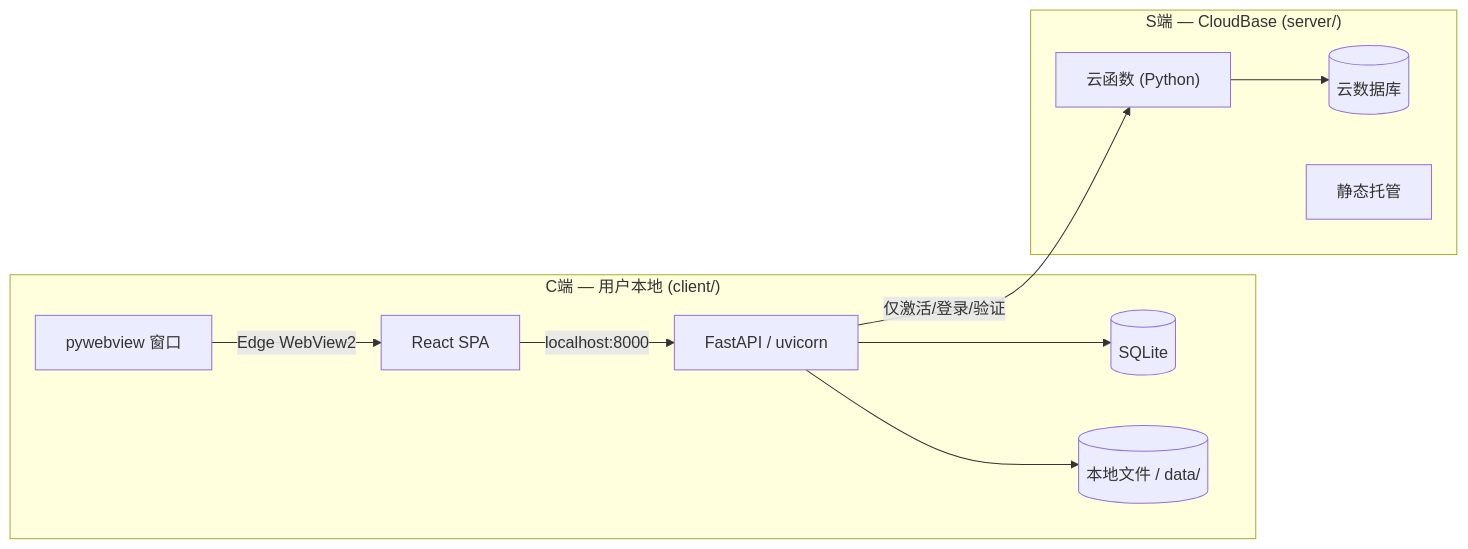
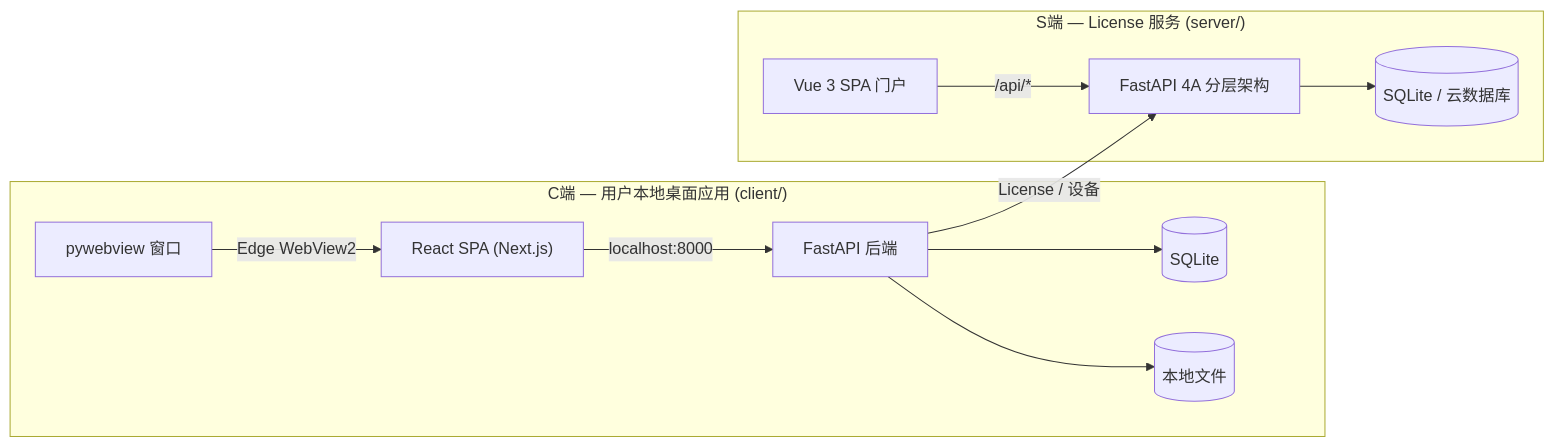
Before and after one commit to modoojunko/ai-novel: the diagram in CLAUDE.md, drawn with Mermaid. The commit also changed other lines of this file and 192 other files, not shown here.

First line of the commit message:
S端 前端重构：Vue 3 SPA 完整实现 + E2E 测试覆盖 (#124)

````diff
--- a/CLAUDE.md
+++ b/CLAUDE.md
@@ -102,22 +109,23 @@
 ```mermaid
 flowchart LR
-    subgraph client ["C端 — 用户本地 (client/)"]
-        FastAPI["FastAPI / uvicorn"]
-        SPA["React SPA"]
+    subgraph client ["C端 — 用户本地桌面应用 (client/)"]
         pywebview["pywebview 窗口"]
+        ReactSPA["React SPA (Next.js)"]
+        FastAPI["FastAPI 后端"]
         SQLite[("SQLite")]
-        FS[("本地文件 / data/")]
+        FS[("本地文件")]
     end
-    subgraph server ["S端 — CloudBase (server/)"]
-        CF["云函数 (Python)"]
-        CDB[("云数据库")]
-        SH["静态托管"]
+    subgraph server ["S端 — License 服务 (server/)"]
+        VueSPA["Vue 3 SPA 门户"]
+        S_Backend["FastAPI 4A 分层架构"]
+        CDB[("SQLite / 云数据库")]
     end
     
-    pywebview -->|Edge WebView2| SPA
-    SPA -->|localhost:8000| FastAPI
+    pywebview -->|Edge WebView2| ReactSPA
+    ReactSPA -->|localhost:8000| FastAPI
     FastAPI --> SQLite
     FastAPI --> FS
-    FastAPI -->|仅激活/登录/验证| CF
-    CF --> CDB
+    FastAPI -->|License / 设备| S_Backend
+    VueSPA -->|/api/*| S_Backend
+    S_Backend --> CDB
 ```
````
